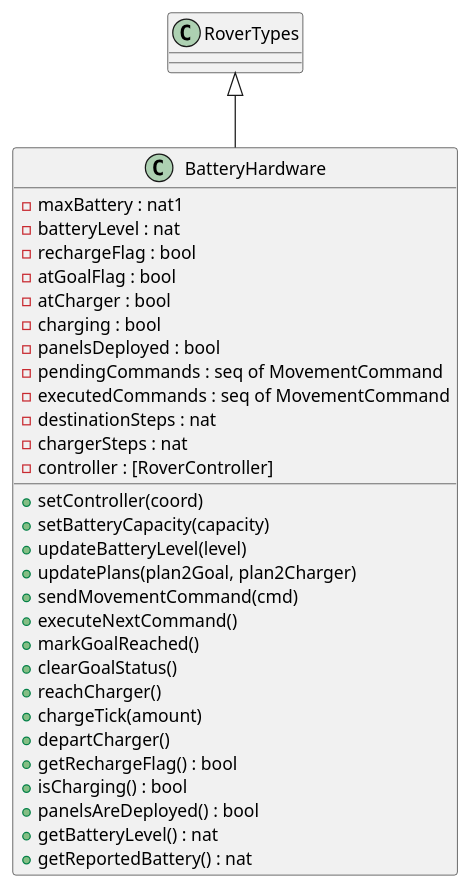
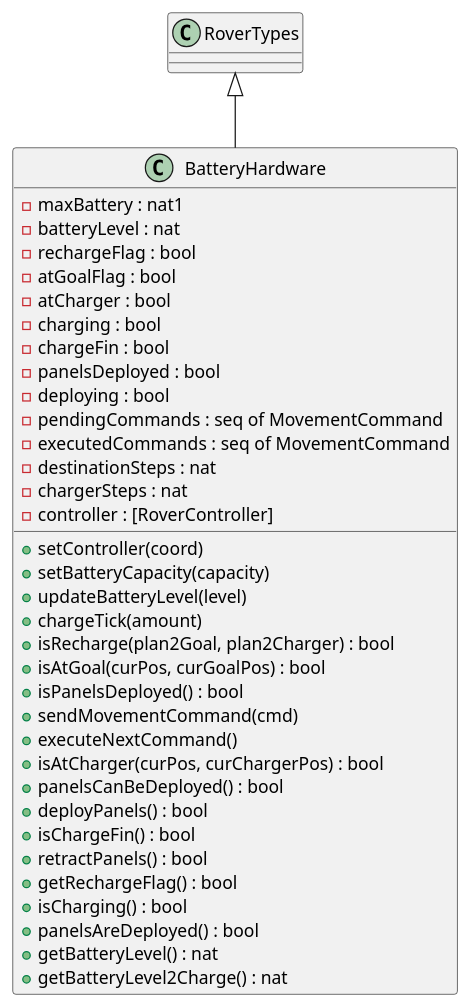
One commit to topse2025-f1/Rover changed the first of 4 diagrams in docs/BatteryHardware/BatteryHardware_Description.md. Above: the diagram before and after it, drawn with PlantUML. The commit also changed other lines of this file and 4 other files, not shown here.

````diff
--- a/docs/BatteryHardware/BatteryHardware_Description.md
+++ b/docs/BatteryHardware/BatteryHardware_Description.md
@@ -174,37 +206,42 @@
 ```plantuml
 @startuml
 class RoverTypes
 class BatteryHardware {
   - maxBattery : nat1
   - batteryLevel : nat
   - rechargeFlag : bool
   - atGoalFlag : bool
   - atCharger : bool
   - charging : bool
+  - chargeFin : bool
   - panelsDeployed : bool
+  - deploying : bool
   - pendingCommands : seq of MovementCommand
   - executedCommands : seq of MovementCommand
   - destinationSteps : nat
   - chargerSteps : nat
   - controller : [RoverController]
   + setController(coord)
   + setBatteryCapacity(capacity)
   + updateBatteryLevel(level)
-  + updatePlans(plan2Goal, plan2Charger)
+  + chargeTick(amount)
+  + isRecharge(plan2Goal, plan2Charger) : bool
+  + isAtGoal(curPos, curGoalPos) : bool
+  + isPanelsDeployed() : bool
   + sendMovementCommand(cmd)
   + executeNextCommand()
-  + markGoalReached()
-  + clearGoalStatus()
-  + reachCharger()
-  + chargeTick(amount)
-  + departCharger()
+  + isAtCharger(curPos, curChargerPos) : bool
+  + panelsCanBeDeployed() : bool
+  + deployPanels() : bool
+  + isChargeFin() : bool
+  + retractPanels() : bool
   + getRechargeFlag() : bool
   + isCharging() : bool
   + panelsAreDeployed() : bool
   + getBatteryLevel() : nat
-  + getReportedBattery() : nat
+  + getBatteryLevel2Charge() : nat
 }
 
 RoverTypes <|-- BatteryHardware
 @enduml
 ```
````
